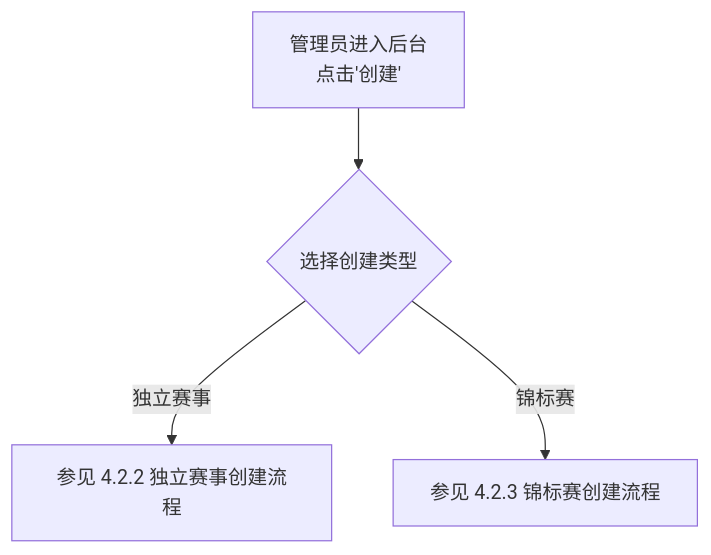
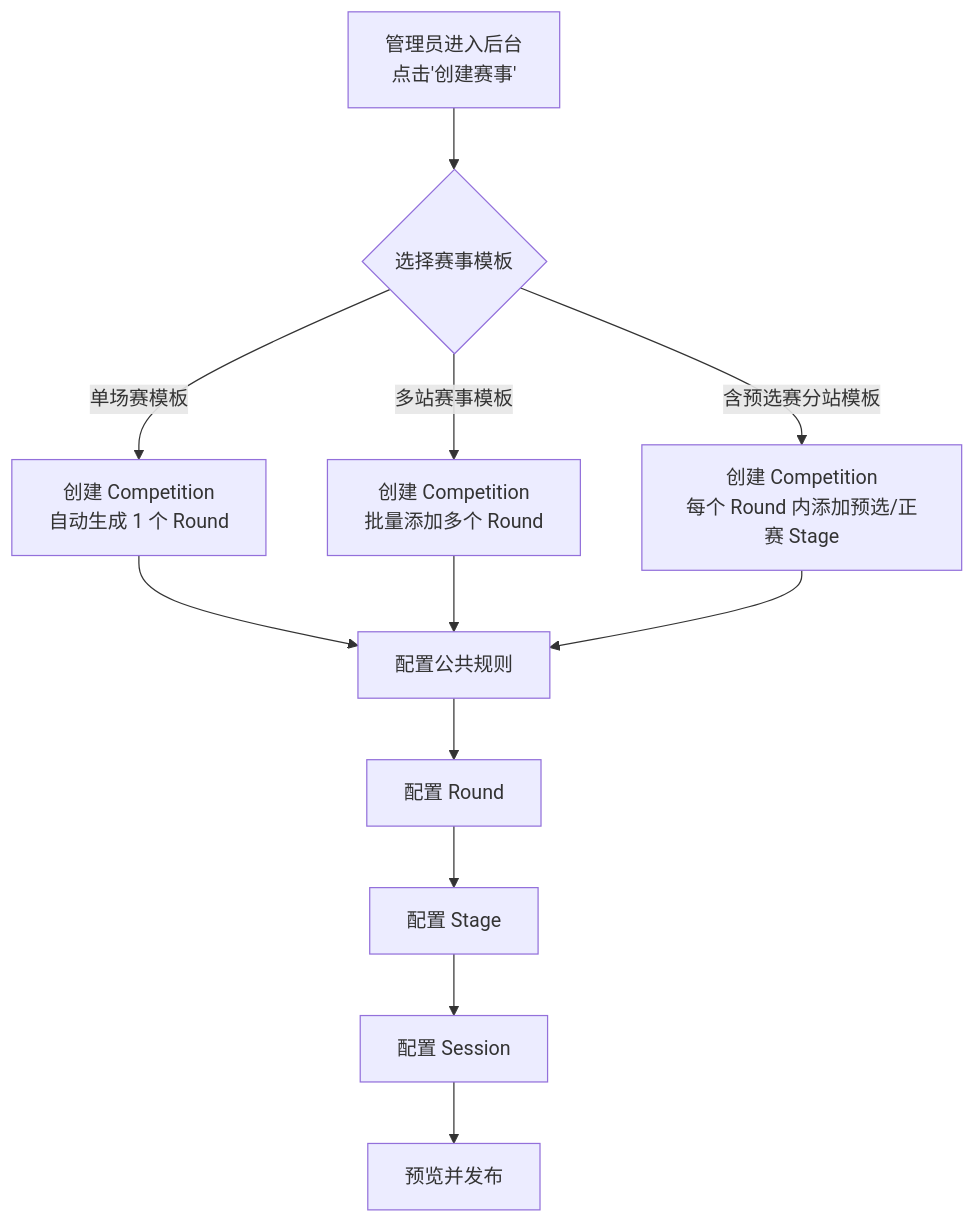
Before and after one commit to SagaLinZP/Racing-Arcade-Admin: the fourth of 13 diagrams in PRD.md, drawn with Mermaid. The commit also changed other lines of this file and 34 other files, not shown here.

````diff
--- a/PRD.md
+++ b/PRD.md
@@ -602,7 +721,16 @@
 ```mermaid
 flowchart TD
-    A[管理员进入后台<br/>点击'创建'] --> B{选择创建类型}
-    
-    B -->|独立赛事| C[参见 4.2.2 独立赛事创建流程]
-    B -->|锦标赛| D[参见 4.2.3 锦标赛创建流程]
+    A[管理员进入后台<br/>点击'创建赛事'] --> B{选择赛事模板}
+
+    B -->|单场赛模板| C[创建 Competition<br/>自动生成 1 个 Round]
+    B -->|多站赛事模板| D[创建 Competition<br/>批量添加多个 Round]
+    B -->|含预选赛分站模板| E[创建 Competition<br/>每个 Round 内添加预选/正赛 Stage]
+
+    C --> F[配置公共规则]
+    D --> F
+    E --> F
+    F --> G[配置 Round]
+    G --> H[配置 Stage]
+    H --> I[配置 Session]
+    I --> J[预览并发布]
 ```
````
